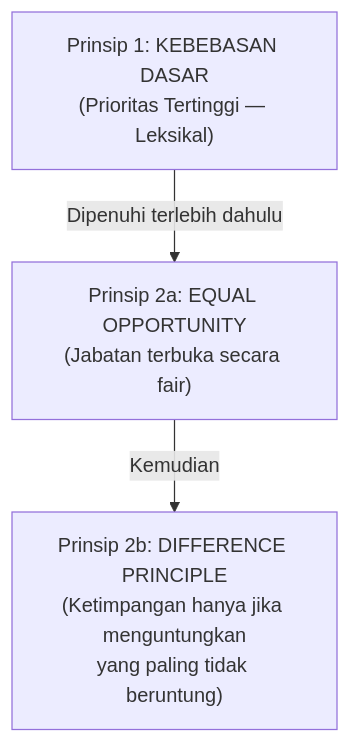
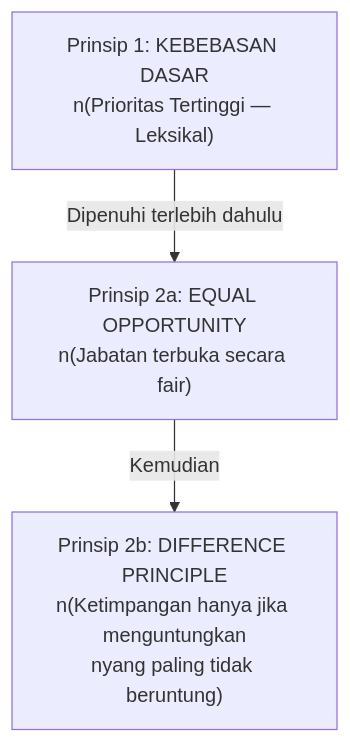
The seventh of 10 diagrams in content/Lectures/filsafat-hukum-postmidterm.md (hifdzimaulana/beate-vivere), drawn with Mermaid before and after one commit. The commit also changed other lines of this file, not shown here.

````diff
--- a/content/Lectures/filsafat-hukum-postmidterm.md
+++ b/content/Lectures/filsafat-hukum-postmidterm.md
@@ -450,8 +472,8 @@
 ```mermaid
 graph TD
-    A["Prinsip 1: KEBEBASAN DASAR\n(Prioritas Tertinggi — Leksikal)"]
-    B["Prinsip 2a: EQUAL OPPORTUNITY\n(Jabatan terbuka secara fair)"]
-    C["Prinsip 2b: DIFFERENCE PRINCIPLE\n(Ketimpangan hanya jika menguntungkan\nyang paling tidak beruntung)"]
+    A["Prinsip 1: KEBEBASAN DASAR<br/>n(Prioritas Tertinggi — Leksikal)"]
+    B["Prinsip 2a: EQUAL OPPORTUNITY<br/>n(Jabatan terbuka secara fair)"]
+    C["Prinsip 2b: DIFFERENCE PRINCIPLE<br/>n(Ketimpangan hanya jika menguntungkan<br/>nyang paling tidak beruntung)"]
     A --> |"Dipenuhi terlebih dahulu"| B
     B --> |"Kemudian"| C
 ```
````
